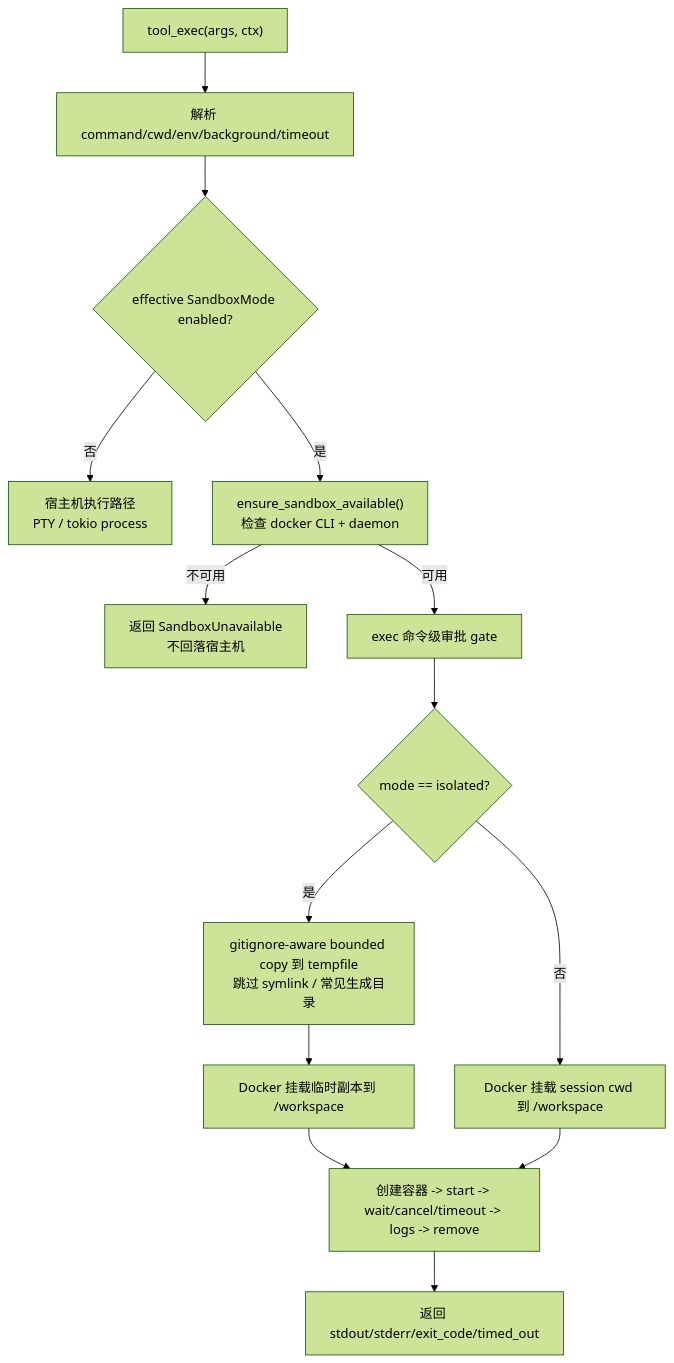
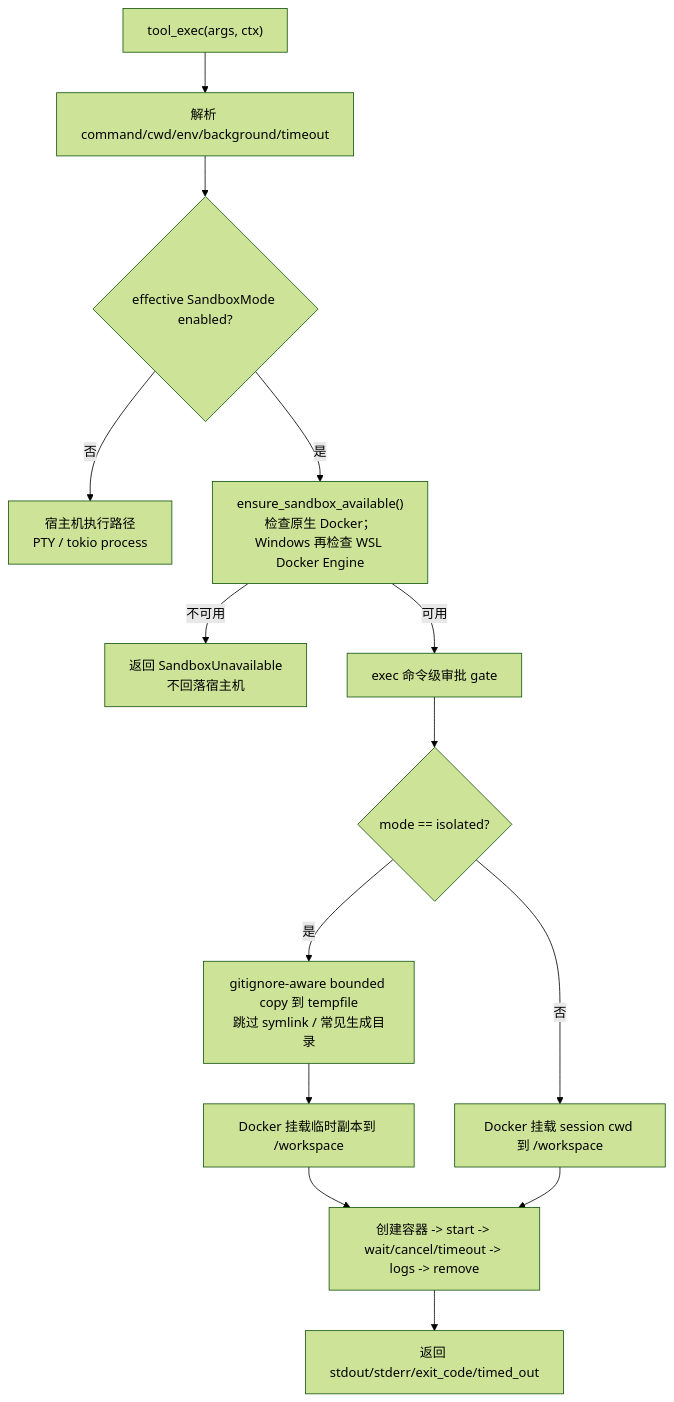
Before and after one commit to shiwenwen/hope-agent: the first of 2 diagrams in docs/architecture/sandbox.md, drawn with Mermaid (forest theme). The commit also changed other lines of this file and 22 other files, not shown here.

Commit message:
🦭fix(sandbox): 支持 Windows WSL Docker 后端 (#538) (#541)

````diff
--- a/docs/architecture/sandbox.md
+++ b/docs/architecture/sandbox.md
@@ -246,16 +246,16 @@
 ```mermaid
 flowchart TD
     A["tool_exec(args, ctx)"] --> B["解析 command/cwd/env/background/timeout"]
     B --> C{"effective SandboxMode enabled?"}
     C -->|否| H["宿主机执行路径<br/>PTY / tokio process"]
-    C -->|是| D["ensure_sandbox_available()<br/>检查 docker CLI + daemon"]
+    C -->|是| D["ensure_sandbox_available()<br/>检查原生 Docker；Windows 再检查 WSL Docker Engine"]
     D -->|不可用| E["返回 SandboxUnavailable<br/>不回落宿主机"]
     D -->|可用| F["exec 命令级审批 gate"]
     F --> G{"mode == isolated?"}
     G -->|是| I["gitignore-aware bounded copy 到 tempfile<br/>跳过 symlink / 常见生成目录"]
     I --> J["Docker 挂载临时副本到 /workspace"]
     G -->|否| K["Docker 挂载 session cwd 到 /workspace"]
     J --> L["创建容器 -> start -> wait/cancel/timeout -> logs -> remove"]
     K --> L
     L --> M["返回 stdout/stderr/exit_code/timed_out"]
 ```
````
